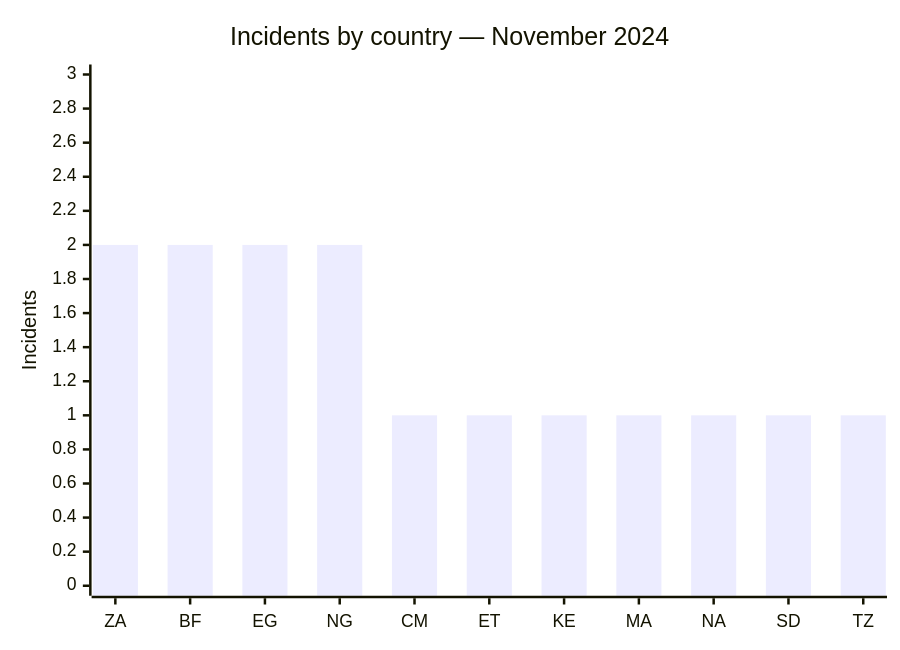
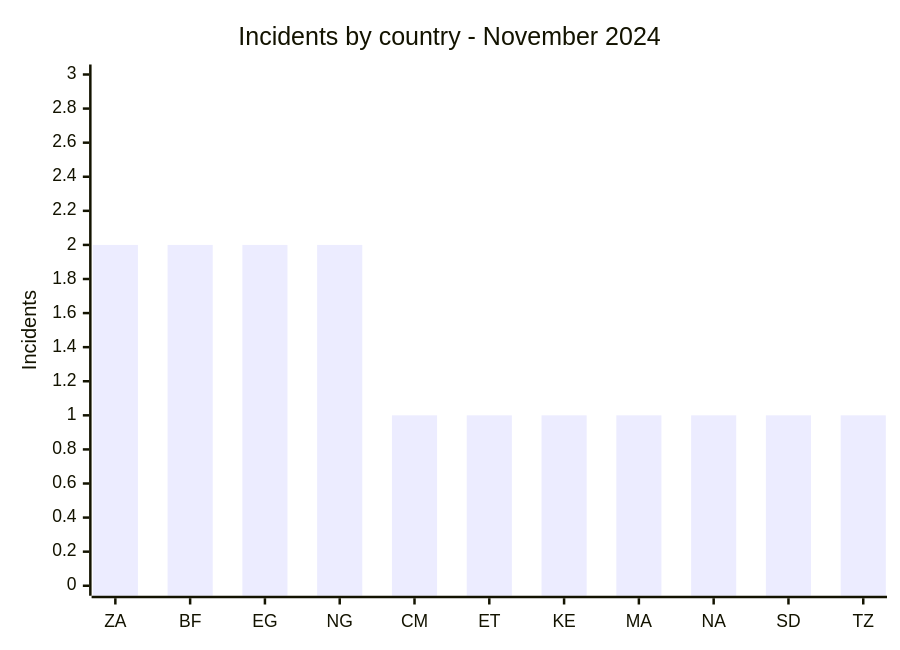
One commit to Hatchepsoute/AFRINTEL changed the first of 2 diagrams in CyberAttackAfrica/2024/11-november/README.md. Above: the diagram before and after it, drawn with Mermaid. The commit also changed other lines of this file and 182 other files, not shown here.

````diff
--- a/CyberAttackAfrica/2024/11-november/README.md
+++ b/CyberAttackAfrica/2024/11-november/README.md
@@ -50,7 +50,7 @@
 ```mermaid
 xychart
-    title "Incidents by country — November 2024"
+    title "Incidents by country - November 2024"
     x-axis ["ZA","BF","EG","NG","CM","ET","KE","MA","NA","SD","TZ"]
     y-axis "Incidents" 0 --> 3
     bar [2,2,2,2,1,1,1,1,1,1,1]
 ```
````
